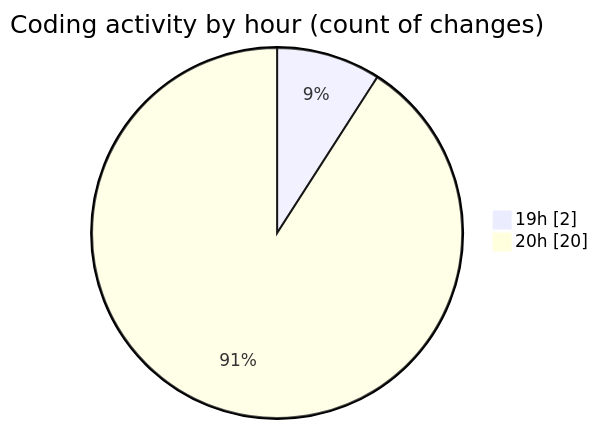
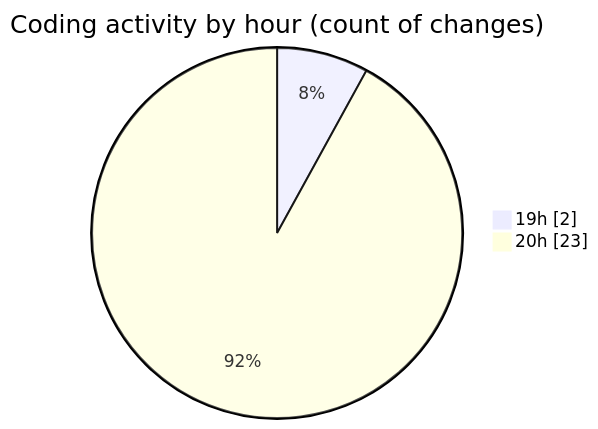
One commit to idhammustaqopulfikri/code-tracking changed the second of 2 diagrams in 2025-04-13/autodidak/README.md. Above: the diagram before and after it, drawn with Mermaid. The commit also changed other lines of this file and 1 other file, not shown here.

````diff
--- a/2025-04-13/autodidak/README.md
+++ b/2025-04-13/autodidak/README.md
@@ -35,6 +36,6 @@
 ```mermaid
 pie showData
 title Coding activity by hour (count of changes)
 "19h" : 2
-"20h" : 20
+"20h" : 23
 ```
````
